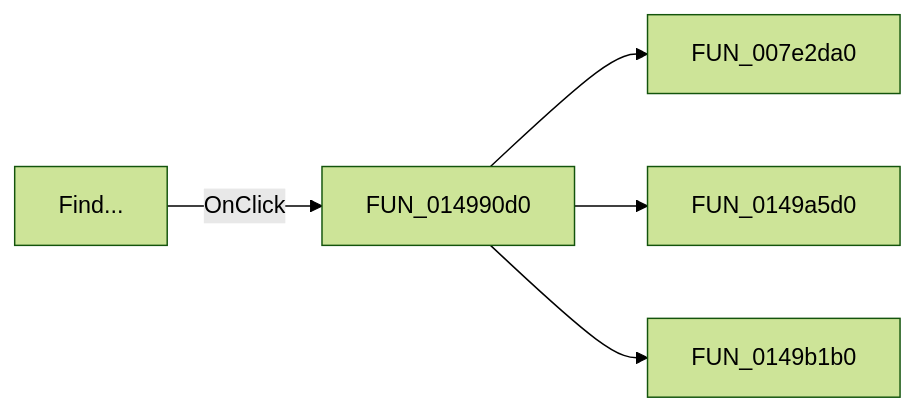
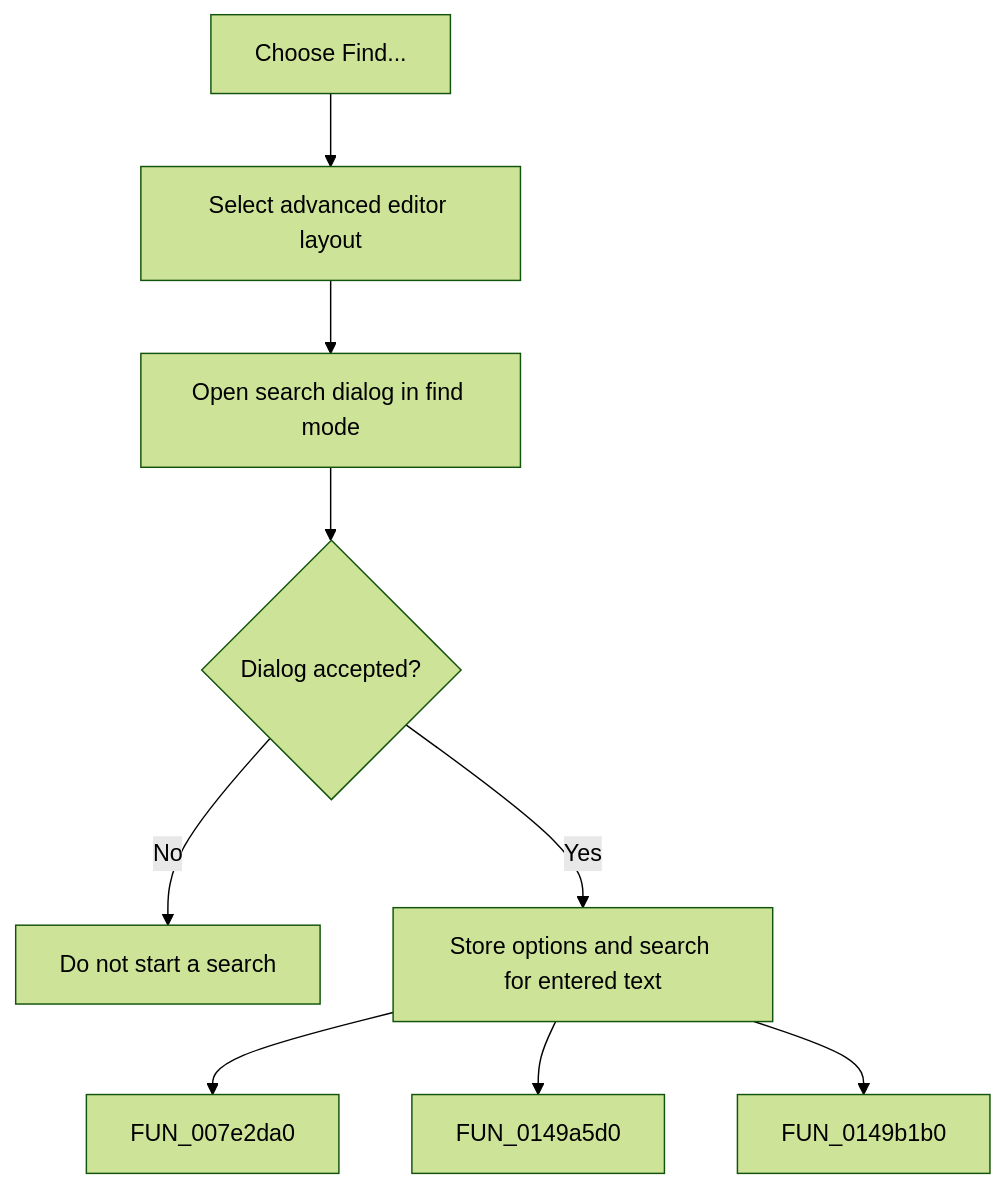
The diagram in docs/ui-controls/frmdesigntool/mifind-53e39613ee.md (MovGP0/TIARA), drawn with Mermaid (forest theme) before and after one commit. The commit also changed other lines of this file and 387 other files, not shown here.

````diff
--- a/docs/ui-controls/frmdesigntool/mifind-53e39613ee.md
+++ b/docs/ui-controls/frmdesigntool/mifind-53e39613ee.md
@@ -27,7 +27,11 @@
 ```mermaid
-flowchart LR
-    control["Find..."] -->|OnClick| handler["FUN_014990d0"]
+flowchart TD
+    control["Choose Find..."] --> expand["Select advanced editor layout"]
+    expand --> open["Open search dialog in find mode"]
+    open --> accepted{"Dialog accepted?"}
+    accepted -->|No| stop["Do not start a search"]
+    accepted -->|Yes| handler["Store options and search for entered text"]
     handler --> call1["FUN_007e2da0"]
     handler --> call2["FUN_0149a5d0"]
     handler --> call3["FUN_0149b1b0"]
 ```
````
